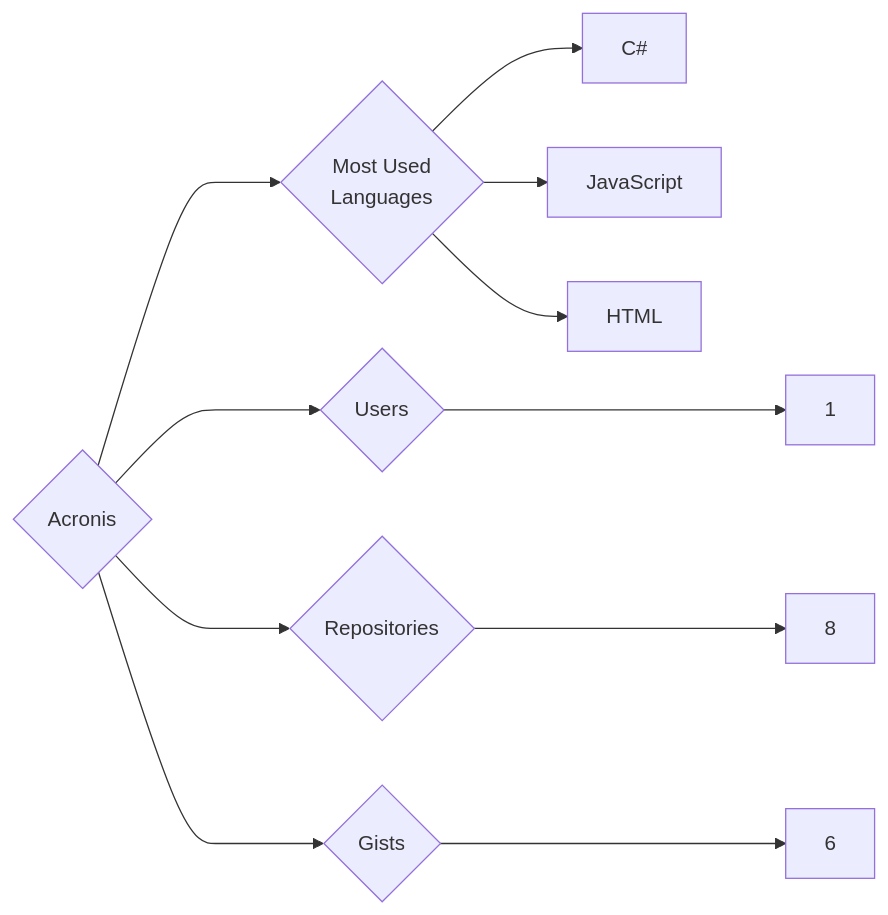
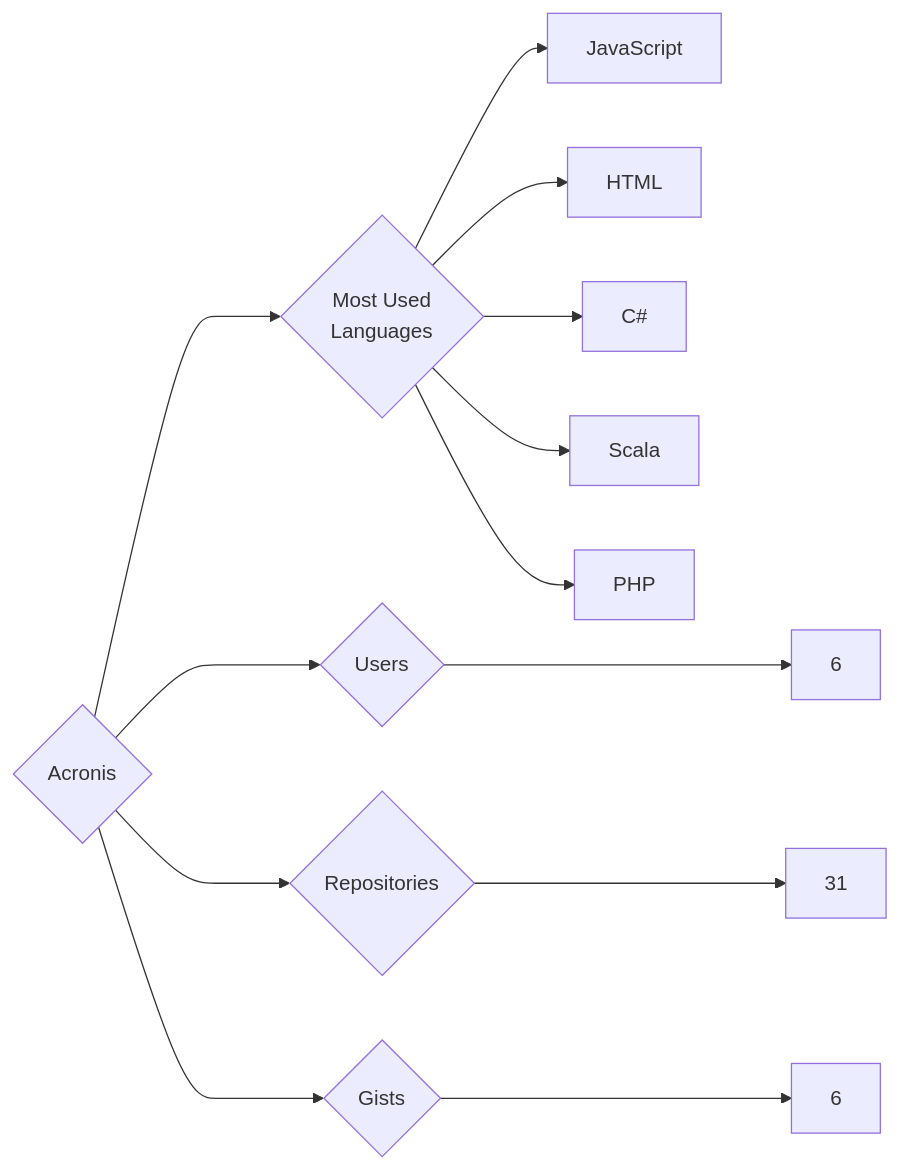
Before and after one commit to trickest/insiders: the diagram in targets/Acronis/README.md, drawn with Mermaid. The commit also changed 998 other files, not shown here.

````diff
--- a/targets/Acronis/README.md
+++ b/targets/Acronis/README.md
@@ -3,11 +3,13 @@
 ```mermaid
 graph LR
 COMPANY_NAME{Acronis}
-COMPANY_NAME ---> U{Users} ---> UN[1]
-COMPANY_NAME ---> R{Repositories} ---> RN[8]
+COMPANY_NAME ---> U{Users} ---> UN[6]
+COMPANY_NAME ---> R{Repositories} ---> RN[31]
 COMPANY_NAME ---> G{Gists} ---> GN[6]
 COMPANY_NAME ---> ML{Most Used<br>Languages}
-ML --> C#[C#]
 ML --> JavaScript[JavaScript]
 ML --> HTML[HTML]
+ML --> C#[C#]
+ML --> Scala[Scala]
+ML --> PHP[PHP]
 ```
````
